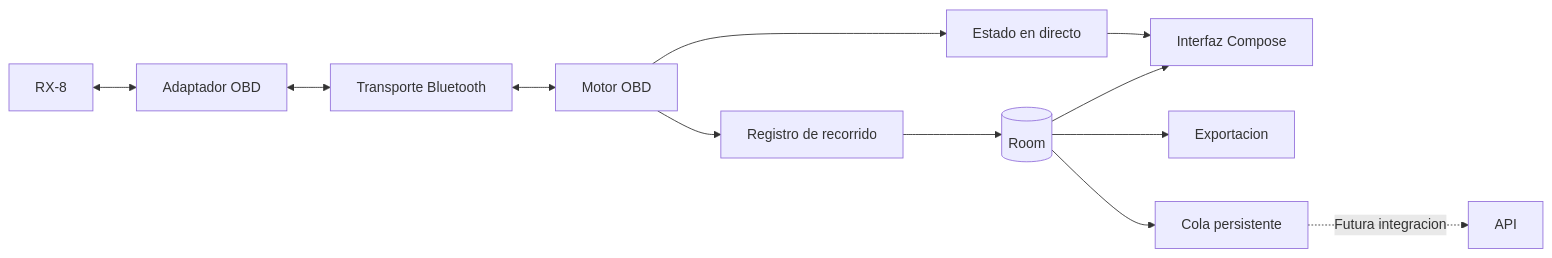
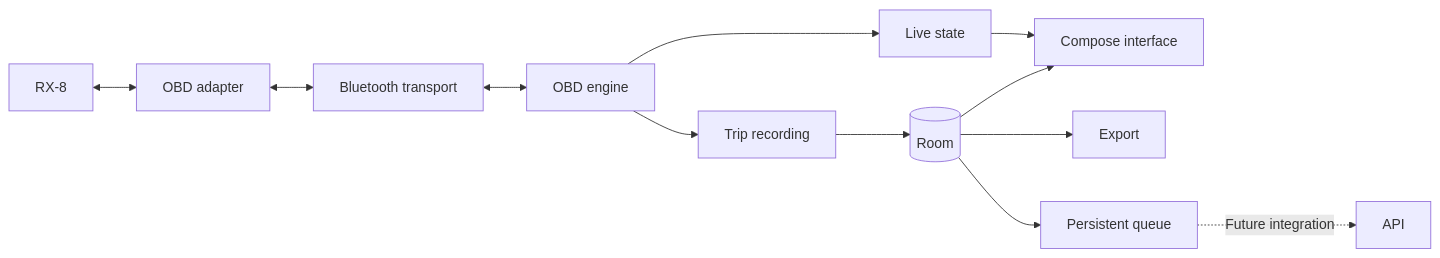
The diagram in docs/architecture.md (gonibix23/rx8-telemetry-android), drawn with Mermaid before and after one commit. The commit also changed other lines of this file and 17 other files, not shown here.

````diff
--- a/docs/architecture.md
+++ b/docs/architecture.md
@@ -11,14 +11,14 @@
 ```mermaid
 flowchart LR
-  Car[RX-8] <--> Adapter[Adaptador OBD]
-  Adapter <--> Bluetooth[Transporte Bluetooth]
-  Bluetooth <--> Obd[Motor OBD]
-  Obd --> Live[Estado en directo]
-  Live --> UI[Interfaz Compose]
-  Obd --> Recorder[Registro de recorrido]
+  Car[RX-8] <--> Adapter[OBD adapter]
+  Adapter <--> Bluetooth[Bluetooth transport]
+  Bluetooth <--> Obd[OBD engine]
+  Obd --> Live[Live state]
+  Live --> UI[Compose interface]
+  Obd --> Recorder[Trip recording]
   Recorder --> DB[(Room)]
   DB --> UI
-  DB --> Export[Exportacion]
-  DB --> Outbox[Cola persistente]
-  Outbox -. Futura integracion .-> API[API]
+  DB --> Export[Export]
+  DB --> Outbox[Persistent queue]
+  Outbox -. Future integration .-> API[API]
 ```
````
